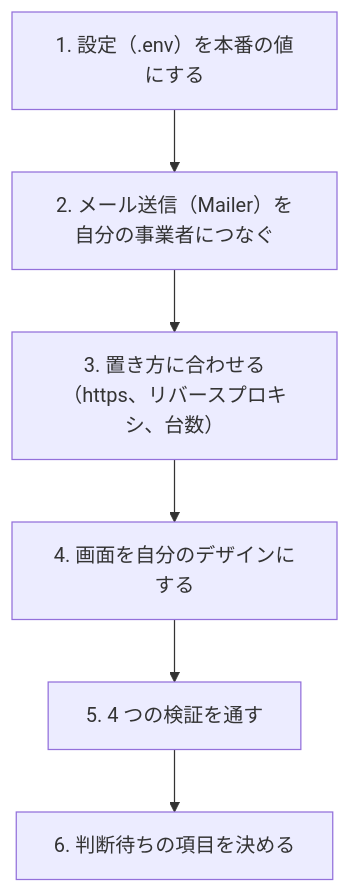
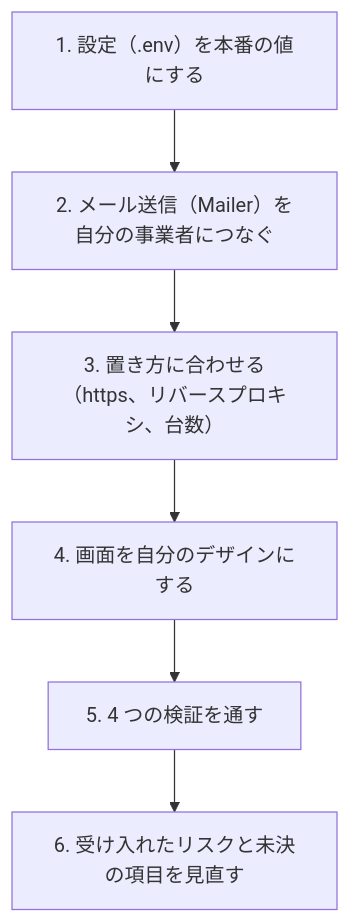
The diagram in docs/guide/10-自分のサービスに組み込む.md (h-kawanishi/passkey-auth-starter), drawn with Mermaid before and after one commit. The commit also changed other lines of this file and 12 other files, not shown here.

````diff
--- a/docs/guide/10-自分のサービスに組み込む.md
+++ b/docs/guide/10-自分のサービスに組み込む.md
@@ -8,8 +8,8 @@
 ```mermaid
 flowchart TD
   A["1. 設定（.env）を本番の値にする"] --> B["2. メール送信（Mailer）を自分の事業者につなぐ"]
   B --> C["3. 置き方に合わせる（https、リバースプロキシ、台数）"]
   C --> D["4. 画面を自分のデザインにする"]
   D --> E["5. 4 つの検証を通す"]
-  E --> F["6. 判断待ちの項目を決める"]
+  E --> F["6. 受け入れたリスクと未決の項目を見直す"]
 ```
````
